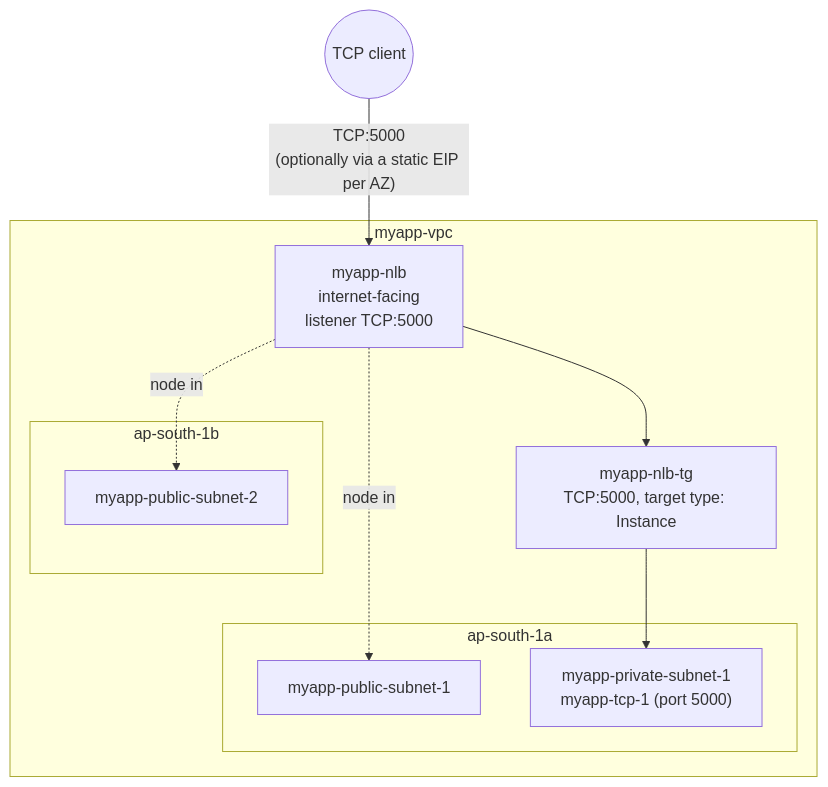
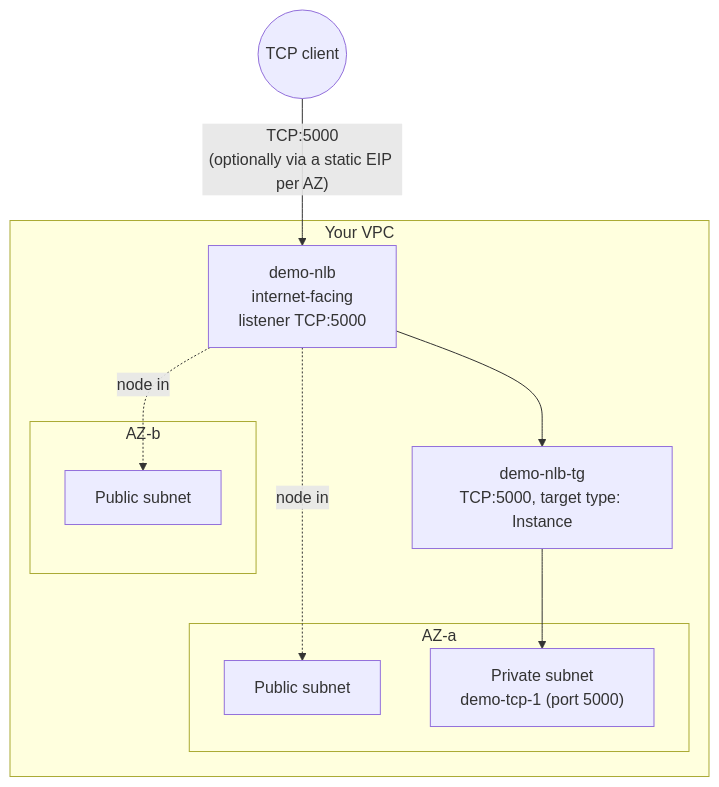
One commit to msdeepak052/AWS_Imp_Concepts changed the diagram in EC2/LoadBalancer/10-Network-Load-Balancer-HandsOn.md. Above: the diagram before and after it, drawn with Mermaid. The commit also changed other lines of this file and 66 other files, not shown here.

````diff
--- a/EC2/LoadBalancer/10-Network-Load-Balancer-HandsOn.md
+++ b/EC2/LoadBalancer/10-Network-Load-Balancer-HandsOn.md
@@ -112,19 +112,19 @@
 ```mermaid
 flowchart TD
-    CLIENT(("TCP client")) -->|"TCP:5000<br/>(optionally via a static EIP per AZ)"| NLB["myapp-nlb<br/>internet-facing<br/>listener TCP:5000"]
+    CLIENT(("TCP client")) -->|"TCP:5000<br/>(optionally via a static EIP per AZ)"| NLB["demo-nlb<br/>internet-facing<br/>listener TCP:5000"]
 
-    subgraph VPC["myapp-vpc"]
-        subgraph AZ_A["ap-south-1a"]
-            PUB1["myapp-public-subnet-1"]
-            PRIV1["myapp-private-subnet-1<br/>myapp-tcp-1 (port 5000)"]
+    subgraph VPC["Your VPC"]
+        subgraph AZ_A["AZ-a"]
+            PUB1["Public subnet"]
+            PRIV1["Private subnet<br/>demo-tcp-1 (port 5000)"]
         end
-        subgraph AZ_B["ap-south-1b"]
-            PUB2["myapp-public-subnet-2"]
+        subgraph AZ_B["AZ-b"]
+            PUB2["Public subnet"]
         end
 
         NLB -.->|"node in"| PUB1
         NLB -.->|"node in"| PUB2
-        NLB --> TG["myapp-nlb-tg<br/>TCP:5000, target type: Instance"]
+        NLB --> TG["demo-nlb-tg<br/>TCP:5000, target type: Instance"]
         TG --> PRIV1
     end
 ```
````
